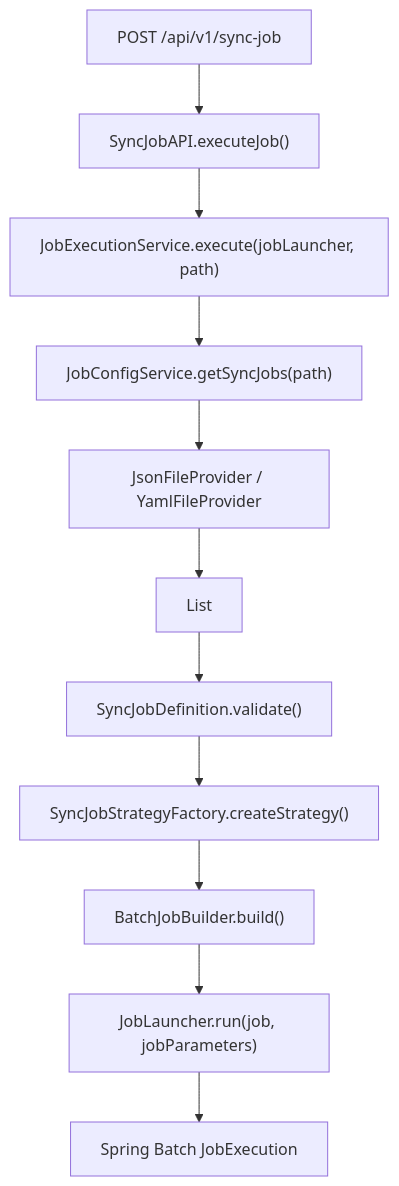
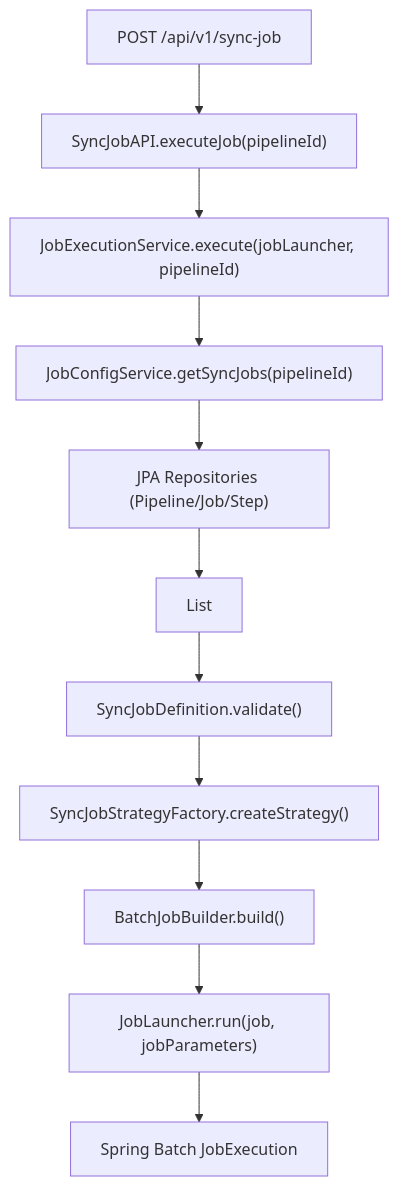
One commit to tibame201020/IrisPipe changed the diagram in backend/docs/architecture/core-flow.md. Above: the diagram before and after it, drawn with Mermaid. The commit also changed other lines of this file and 6 other files, not shown here.

Commit message:
docs: align architecture documents and changelog with Phase 3 implementation

````diff
--- a/backend/docs/architecture/core-flow.md
+++ b/backend/docs/architecture/core-flow.md
@@ -5,13 +5,13 @@
 ```mermaid
 graph TD
-    A["POST /api/v1/sync-job"] --> B["SyncJobAPI.executeJob()"]
-    B --> C["JobExecutionService.execute(jobLauncher, path)"]
-    C --> D["JobConfigService.getSyncJobs(path)"]
-    D --> E["JsonFileProvider / YamlFileProvider"]
+    A["POST /api/v1/sync-job"] --> B["SyncJobAPI.executeJob(pipelineId)"]
+    B --> C["JobExecutionService.execute(jobLauncher, pipelineId)"]
+    C --> D["JobConfigService.getSyncJobs(pipelineId)"]
+    D --> E["JPA Repositories (Pipeline/Job/Step)"]
     E --> F["List<SyncJobDefinition>"]
     F --> G["SyncJobDefinition.validate()"]
     G --> H["SyncJobStrategyFactory.createStrategy()"]
     H --> I["BatchJobBuilder.build()"]
     I --> J["JobLauncher.run(job, jobParameters)"]
     J --> K["Spring Batch JobExecution"]
 ```
````
